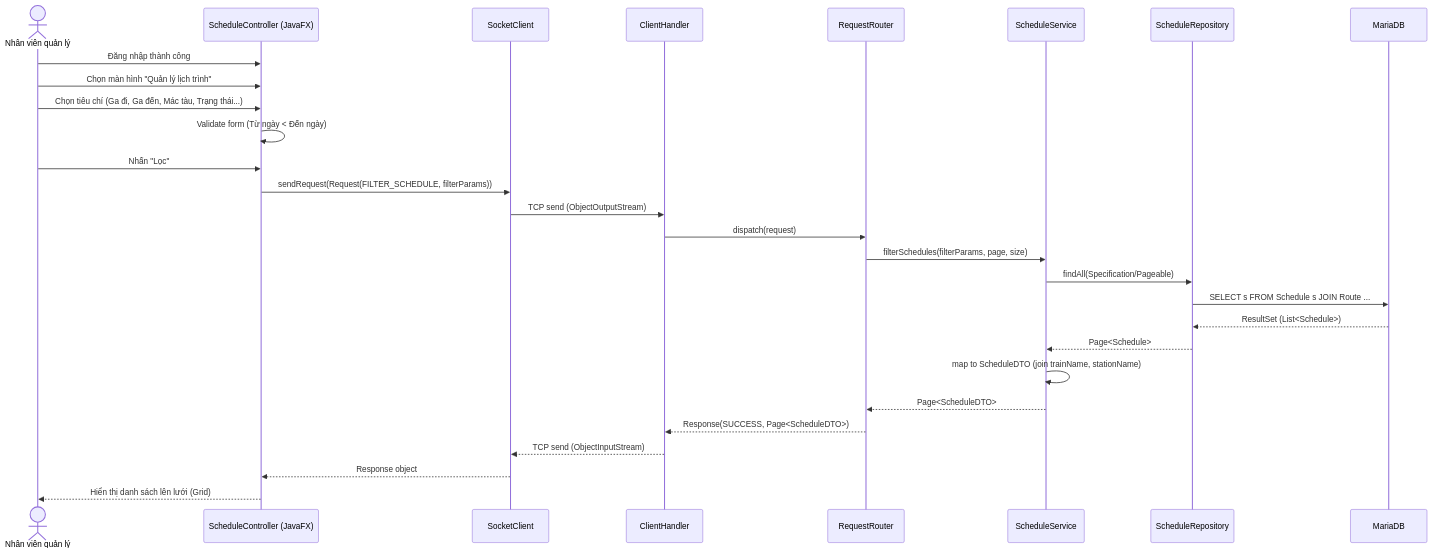
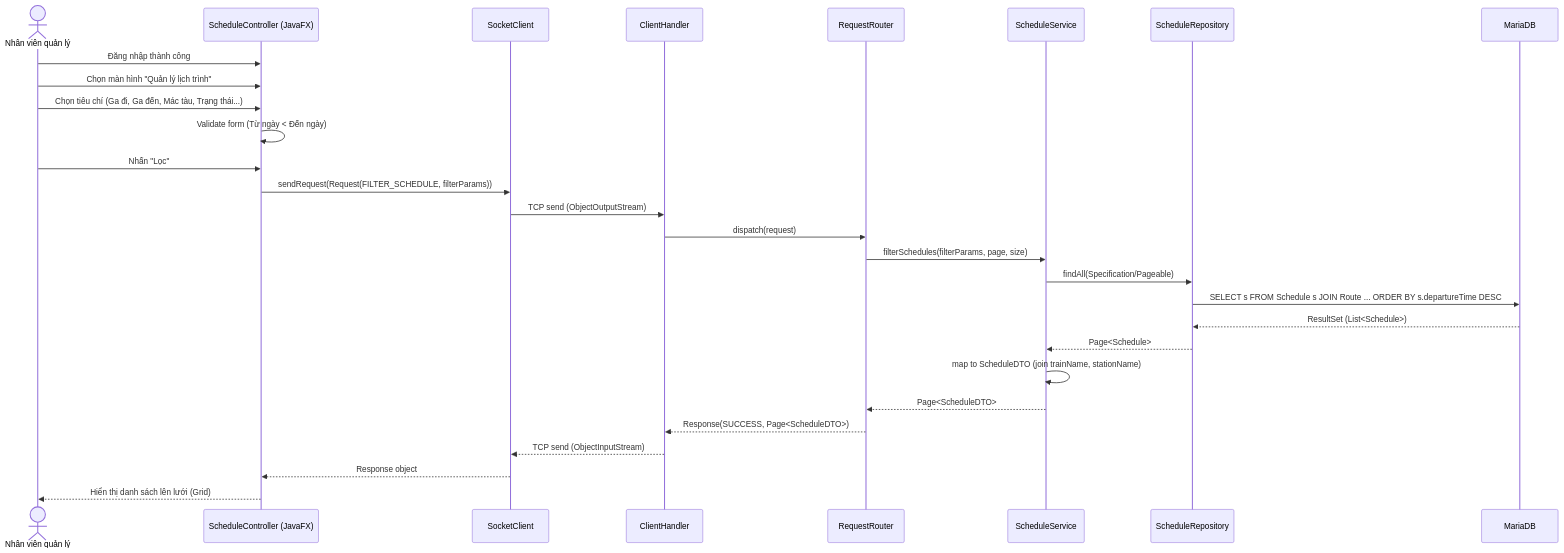
The second of 3 diagrams in docs/diagrams/sequence/uc005-loc-lich-trinh-tau.md (Distributed-Programing-Project/railway-reservation-system-server), drawn with Mermaid before and after one commit. The commit also changed 4 other files, not shown here.

````diff
--- a/docs/diagrams/sequence/uc005-loc-lich-trinh-tau.md
+++ b/docs/diagrams/sequence/uc005-loc-lich-trinh-tau.md
@@ -37,33 +37,33 @@
 ```mermaid
 sequenceDiagram
     actor User as Nhân viên quản lý
     participant UI as ScheduleController (JavaFX)
     participant ClientNet as SocketClient
     participant ServerNet as ClientHandler
     participant Router as RequestRouter
     participant Svc as ScheduleService
     participant Repo as ScheduleRepository
     participant DB as MariaDB
 
     User->>UI: Đăng nhập thành công
     User->>UI: Chọn màn hình "Quản lý lịch trình"
     User->>UI: Chọn tiêu chí (Ga đi, Ga đến, Mác tàu, Trạng thái...)
     UI->>UI: Validate form (Từ ngày < Đến ngày)
     User->>UI: Nhấn "Lọc"
     UI->>ClientNet: sendRequest(Request(FILTER_SCHEDULE, filterParams))
     ClientNet->>ServerNet: TCP send (ObjectOutputStream)
     ServerNet->>Router: dispatch(request)
     Router->>Svc: filterSchedules(filterParams, page, size)
     
     Svc->>Repo: findAll(Specification/Pageable)
-    Repo->>DB: SELECT s FROM Schedule s JOIN Route ...
+    Repo->>DB: SELECT s FROM Schedule s JOIN Route ... ORDER BY s.departureTime DESC
     DB-->>Repo: ResultSet (List<Schedule>)
     Repo-->>Svc: Page<Schedule>
     
     Svc->>Svc: map to ScheduleDTO (join trainName, stationName)
     Svc-->>Router: Page<ScheduleDTO>
     Router-->>ServerNet: Response(SUCCESS, Page<ScheduleDTO>)
     ServerNet-->>ClientNet: TCP send (ObjectInputStream)
     ClientNet-->>UI: Response object
     UI-->>User: Hiển thị danh sách lên lưới (Grid)
 ```
````
